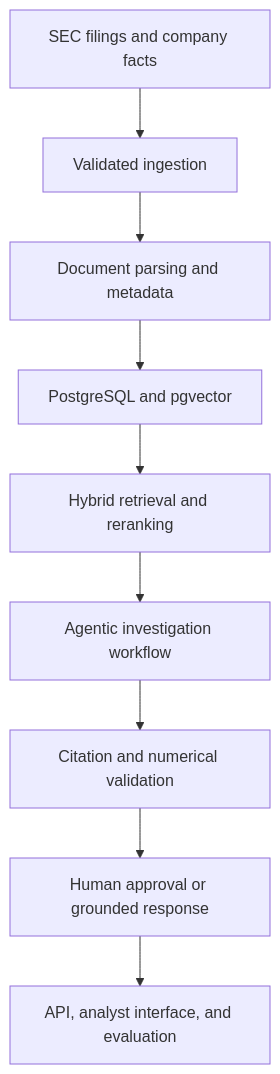
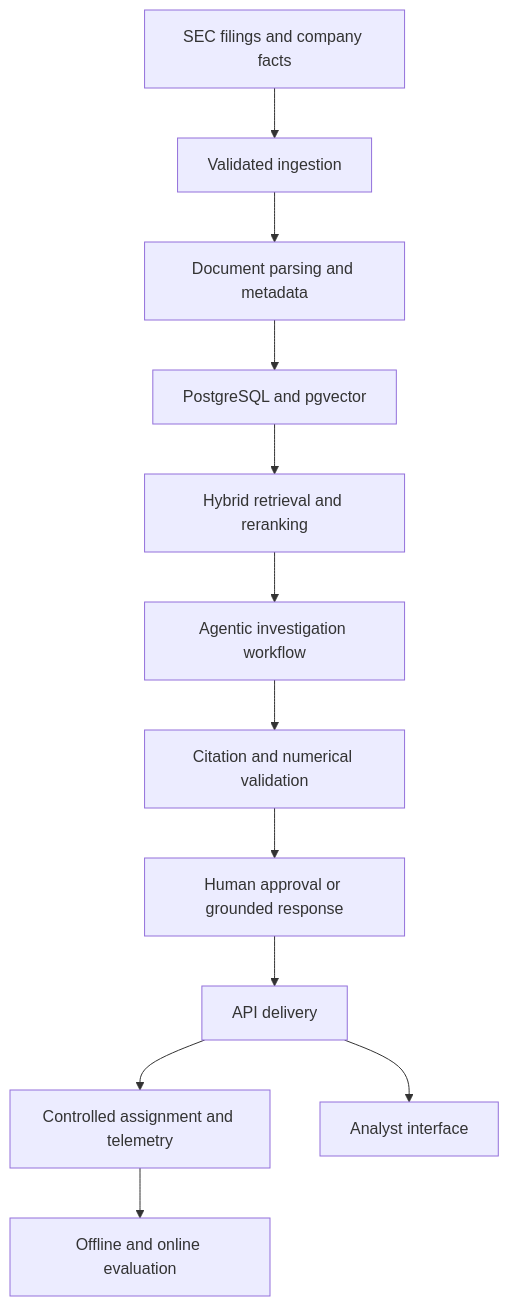
The diagram in README.md (GowthamKondabolu/finsight-ai), drawn with Mermaid before and after one commit. The commit also changed other lines of this file and 35 other files, not shown here.

````diff
--- a/README.md
+++ b/README.md
@@ -85,11 +91,14 @@
 ```mermaid
 flowchart TD
     A["SEC filings and company facts"] --> B["Validated ingestion"]
     B --> C["Document parsing and metadata"]
     C --> D["PostgreSQL and pgvector"]
     D --> E["Hybrid retrieval and reranking"]
     E --> F["Agentic investigation workflow"]
     F --> G["Citation and numerical validation"]
     G --> H["Human approval or grounded response"]
-    H --> I["API, analyst interface, and evaluation"]
+    H --> I["API delivery"]
+    I --> J["Controlled assignment and telemetry"]
+    J --> K["Offline and online evaluation"]
+    I --> L["Analyst interface"]
 ```
````
